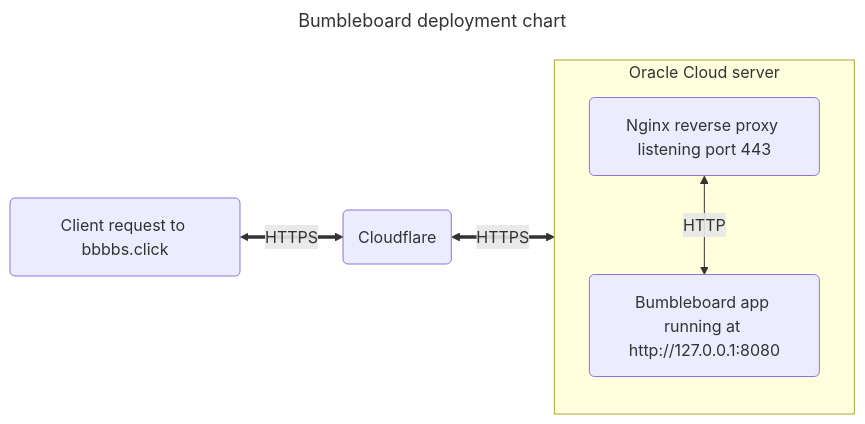
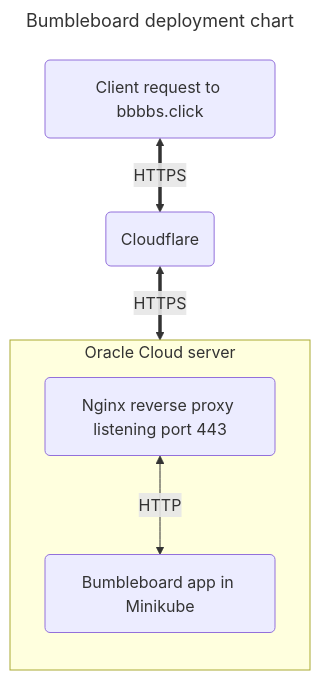
One commit to vsokhranov/bumbleboard changed the diagram in README.md. Above: the diagram before and after it, drawn with Mermaid. The commit also changed other lines of this file and 1 other file, not shown here.

Commit message:
README update

````diff
--- a/README.md
+++ b/README.md
@@ -16,17 +16,17 @@
 ```mermaid
 ---
 title: Bumbleboard deployment chart
 ---
-flowchart LR
+flowchart TB
 subgraph server ["Oracle Cloud server"]
 direction TB
 nginx_proxy("Nginx reverse proxy listening port 443")
-bumbleboard("Bumbleboard app running at http://127.0.0.1:8080")
+bumbleboard("Bumbleboard app in Minikube")
 end
 client_request("Client request to bbbbs.click")
 cloudflare("Cloudflare")
 
 client_request <==HTTPS==> cloudflare
 cloudflare <==HTTPS==> server
 nginx_proxy <--HTTP--> bumbleboard
 ```
````
